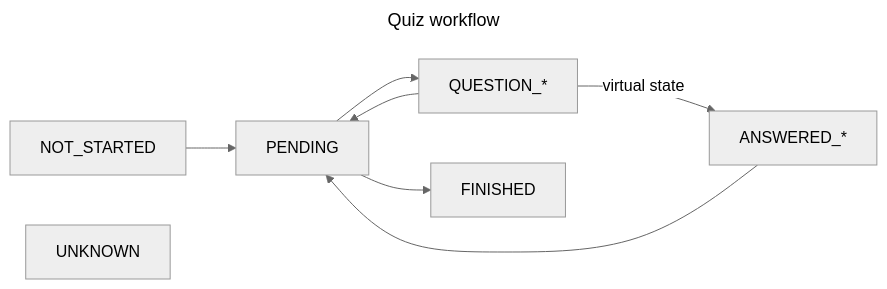
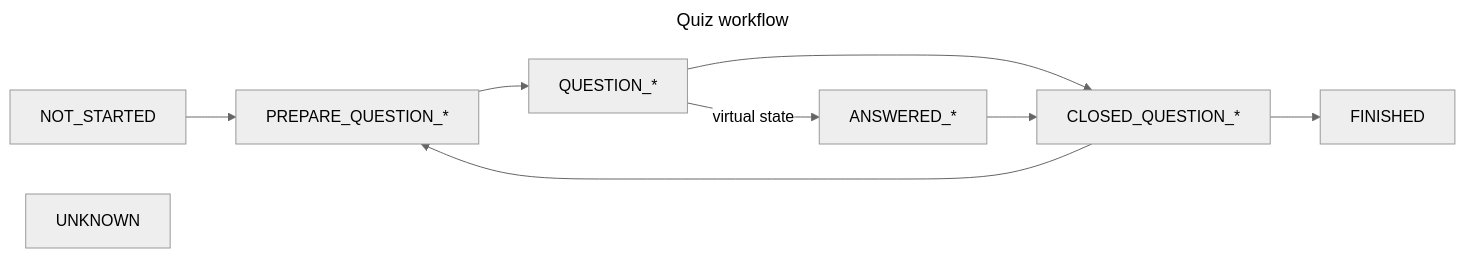
One commit to yakanet/pop-quiz changed the diagram in README.md. Above: the diagram before and after it, drawn with Mermaid (neutral theme).

Commit message:
doc: rework workflow document

````diff
--- a/README.md
+++ b/README.md
@@ -73,13 +73,14 @@
 ```mermaid
 ---
 title: Quiz workflow
 ---
 flowchart LR
-    NOT_STARTED --> PENDING
-    PENDING --> QUESTION_*
+    NOT_STARTED --> PREPARE_QUESTION_*
+    PREPARE_QUESTION_* --> QUESTION_*
     QUESTION_* --virtual state--> ANSWERED_*
-    QUESTION_* --> PENDING
-    ANSWERED_* --> PENDING
-    PENDING --> FINISHED
+    QUESTION_* --> CLOSED_QUESTION_*
+    ANSWERED_* --> CLOSED_QUESTION_*
+    CLOSED_QUESTION_* --> PREPARE_QUESTION_*
+    CLOSED_QUESTION_* --> FINISHED
     UNKNOWN
 ```
````
